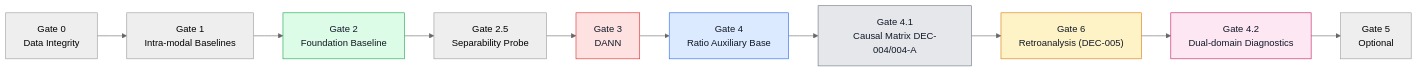
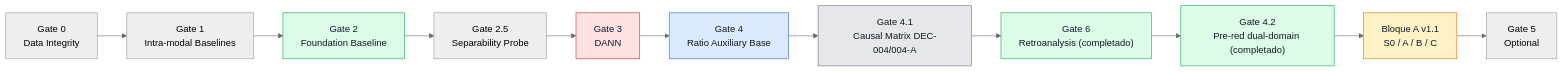
The first of 2 diagrams in README.md (Mar-IA-no/Phideus), drawn with Mermaid (neutral theme) before and after one commit. The commit also changed other lines of this file and 87 other files, not shown here.

````diff
--- a/README.md
+++ b/README.md
@@ -56,19 +56,21 @@
 ```mermaid
 flowchart LR
   G0["Gate 0<br/>Data Integrity"] --> G1["Gate 1<br/>Intra-modal Baselines"]
   G1 --> G2["Gate 2<br/>Foundation Baseline"]
   G2 --> G25["Gate 2.5<br/>Separability Probe"]
   G25 --> G3["Gate 3<br/>DANN"]
   G3 --> G4["Gate 4<br/>Ratio Auxiliary Base"]
   G4 --> G41["Gate 4.1<br/>Causal Matrix DEC-004/004-A"]
-  G41 --> G6["Gate 6<br/>Retroanalysis (DEC-005)"]
-  G6 --> G42["Gate 4.2<br/>Dual-domain Diagnostics"]
-  G42 --> G5["Gate 5<br/>Optional"]
+  G41 --> G6["Gate 6<br/>Retroanalysis (completado)"]
+  G6 --> G42["Gate 4.2<br/>Pre-red dual-domain (completado)"]
+  G42 --> BA["Bloque A v1.1<br/>S0 / A / B / C"]
+  BA --> G5["Gate 5<br/>Optional"]
 
   style G2 fill:#dcfce7,stroke:#16a34a,color:#111827
   style G3 fill:#fee2e2,stroke:#dc2626,color:#111827
   style G4 fill:#dbeafe,stroke:#2563eb,color:#111827
   style G41 fill:#e5e7eb,stroke:#6b7280,color:#111827
-  style G6 fill:#fef3c7,stroke:#d97706,color:#111827
-  style G42 fill:#fce7f3,stroke:#be185d,color:#111827
+  style G6 fill:#dcfce7,stroke:#16a34a,color:#111827
+  style G42 fill:#dcfce7,stroke:#16a34a,color:#111827
+  style BA fill:#fef3c7,stroke:#d97706,color:#111827
 ```
````
